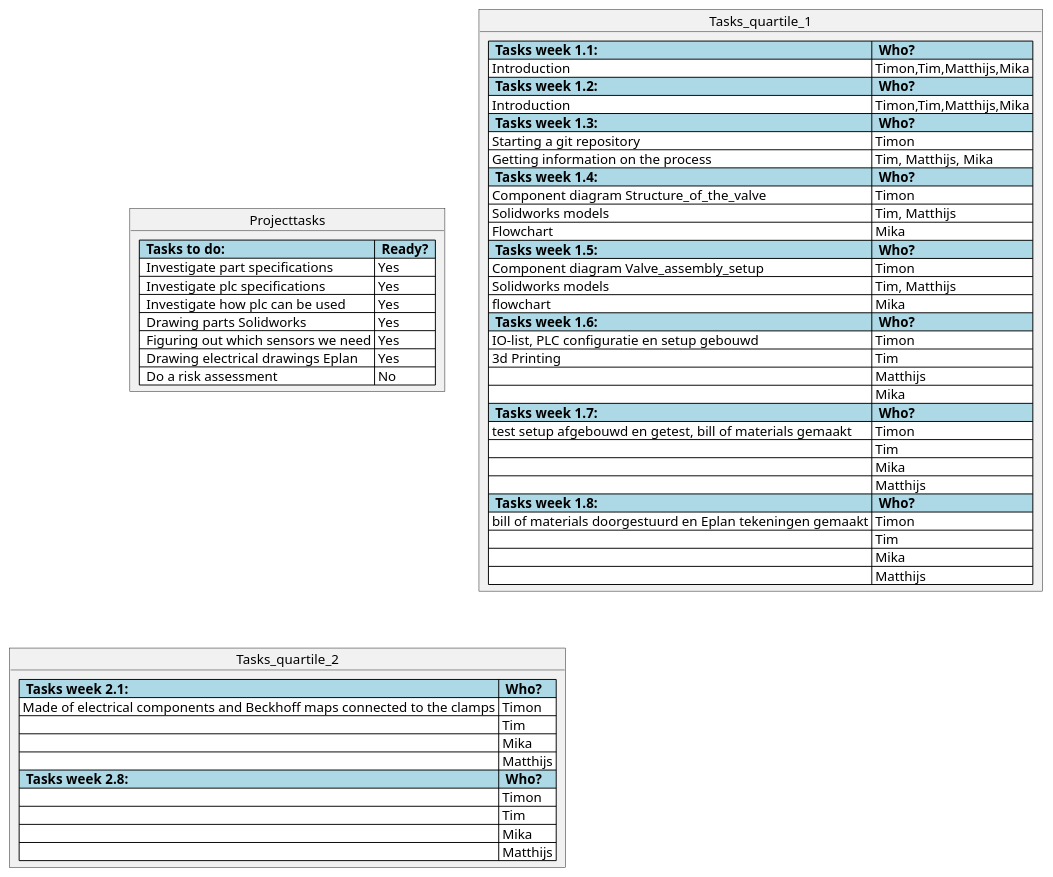
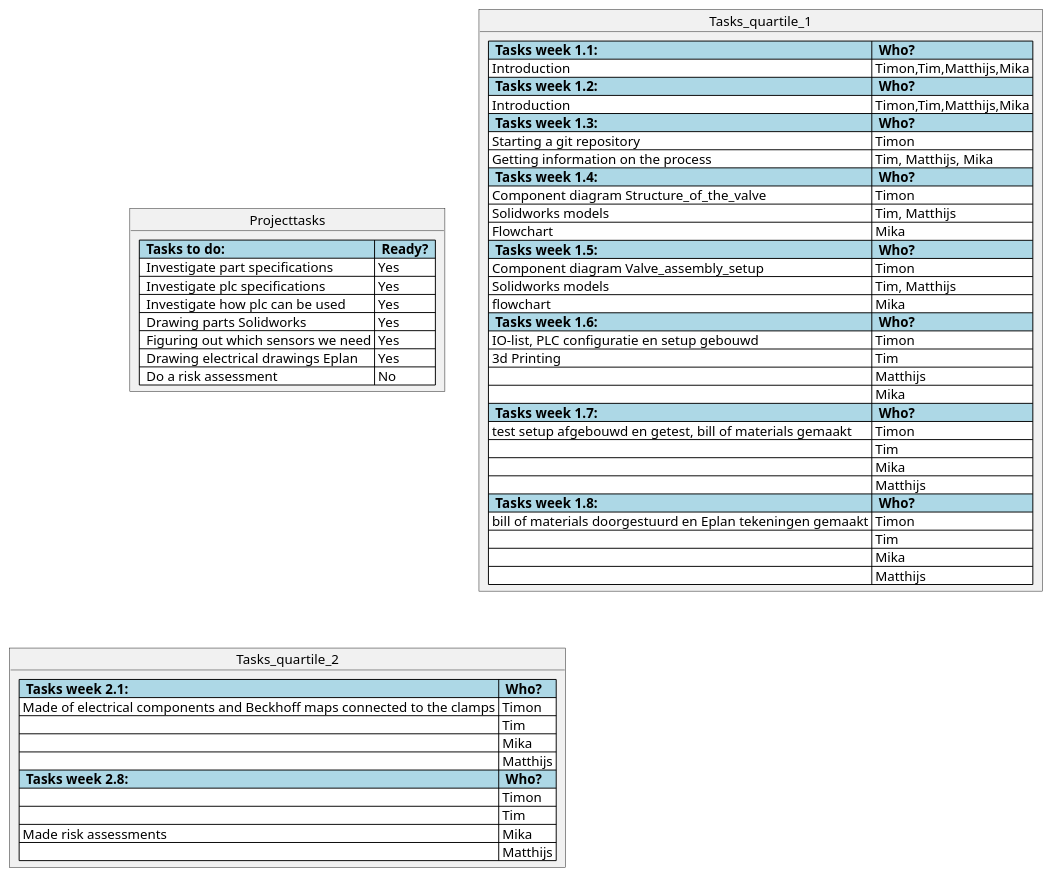
The diagram in src/Tasks.md (Timon14kraan/Project-Proces-and-Safety), drawn with PlantUML before and after one commit. The commit also changed 2 other files, not shown here.

Commit message:
Added tasks

````diff
--- a/src/Tasks.md
+++ b/src/Tasks.md
@@ -5,64 +5,64 @@
 ```plantuml
 @startuml
 
 object Projecttasks {
   <#lightblue,#black>|=  Tasks to do:  |=  Ready?  |
   <#white>|  Investigate part specifications | Yes | 
   <#white>|  Investigate plc specifications | Yes |
   <#white>|  Investigate how plc can be used  | Yes |
   <#white>|  Drawing parts Solidworks | Yes |
   <#white>|  Figuring out which sensors we need | Yes |
   <#white>|  Drawing electrical drawings Eplan | Yes |
   <#white>|  Do a risk assessment | No |
 }
 
 object Tasks_quartile_1 {
   <#lightblue,#black>|=  Tasks week 1.1:  |=  Who?  |
   <#white>| Introduction | Timon,Tim,Matthijs,Mika |
   <#lightblue,#black>|=  Tasks week 1.2:  |=  Who?  |
   <#white>| Introduction | Timon,Tim,Matthijs,Mika |
   <#lightblue,#black>|=  Tasks week 1.3:  |=  Who?  |
   <#white>| Starting a git repository | Timon |
   <#white>| Getting information on the process | Tim, Matthijs, Mika |
   <#lightblue,#black>|=  Tasks week 1.4:  |=  Who?  |
   <#white>| Component diagram Structure_of_the_valve | Timon |
   <#white>| Solidworks models| Tim, Matthijs |
   <#white>| Flowchart| Mika |
   <#lightblue,#black>|=  Tasks week 1.5:  |=  Who?  |
   <#white>| Component diagram Valve_assembly_setup | Timon |
   <#white>| Solidworks models| Tim, Matthijs |
   <#white>| flowchart| Mika |
   <#lightblue,#black>|=  Tasks week 1.6:  |=  Who?  |
   <#white>| IO-list, PLC configuratie en setup gebouwd | Timon |
   <#white>| 3d Printing | Tim |
   <#white>| | Matthijs |
   <#white>|  | Mika |
   <#lightblue,#black>|=  Tasks week 1.7:  |=  Who?  |
   <#white>| test setup afgebouwd en getest, bill of materials gemaakt | Timon |
   <#white>|  | Tim |
   <#white>|  | Mika |
   <#white>|  | Matthijs |
   <#lightblue,#black>|=  Tasks week 1.8:  |=  Who?  |
   <#white>| bill of materials doorgestuurd en Eplan tekeningen gemaakt | Timon |
   <#white>|  | Tim |
   <#white>|  | Mika |
   <#white>|  | Matthijs |
 }
 
 
 object Tasks_quartile_2 {
   <#lightblue,#black>|=  Tasks week 2.1:  |=  Who?  |
   <#white>| Made of electrical components and Beckhoff maps connected to the clamps | Timon |
   <#white>|  | Tim |
   <#white>|  | Mika |
   <#white>|  | Matthijs |
     <#lightblue,#black>|=  Tasks week 2.8:  |=  Who?  |
   <#white>|  | Timon |
   <#white>|  | Tim |
-  <#white>|  | Mika |
+  <#white>| Made risk assessments | Mika |  
   <#white>|  | Matthijs |
 }
 
 
 @endulm
 ```
````
